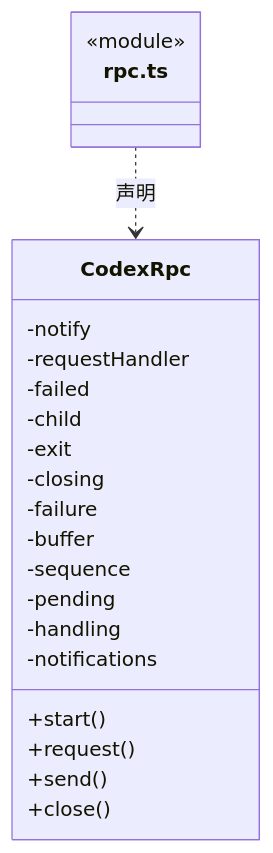
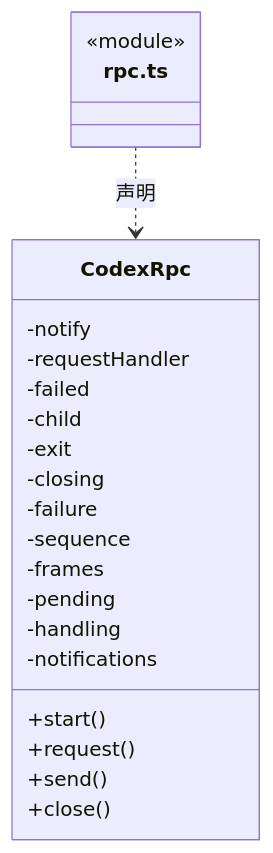
One commit to nan023062/cbim changed the sixth of 12 diagrams in src/backend/engines/codex/ARCHITECTURE.md. Above: the diagram before and after it, drawn with Mermaid. The commit also changed other lines of this file and 73 other files, not shown here.

````diff
--- a/src/backend/engines/codex/ARCHITECTURE.md
+++ b/src/backend/engines/codex/ARCHITECTURE.md
@@ -133,25 +133,25 @@
 ```mermaid
 classDiagram
 class N_src_backend_engines_codex_rpc_ts["rpc.ts"] {
   <<module>>
 }
 class N_src_backend_engines_codex_rpc_ts_CodexRpc["CodexRpc"] {
   +start()
   +request()
   +send()
   +close()
   -notify
   -requestHandler
   -failed
   -child
   -exit
   -closing
   -failure
-  -buffer
   -sequence
+  -frames
   -pending
   -handling
   -notifications
 }
 N_src_backend_engines_codex_rpc_ts ..> N_src_backend_engines_codex_rpc_ts_CodexRpc : 声明
 ```
````
